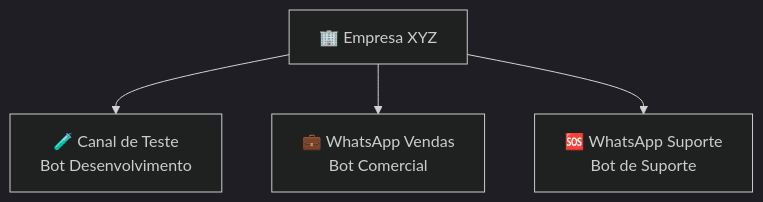
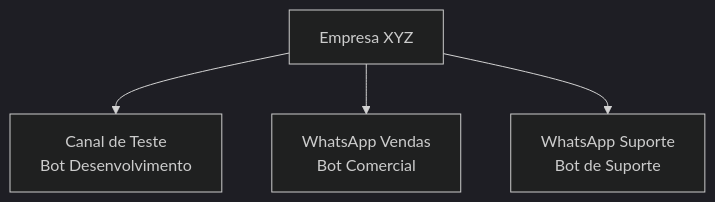
One commit to AgendoCerto/docs changed the fourth of 4 diagrams in contents/guides/canais.md. Above: the diagram before and after it, drawn with Mermaid (dark theme). The commit also changed other lines of this file and 6 other files, not shown here.

````diff
--- a/contents/guides/canais.md
+++ b/contents/guides/canais.md
@@ -185,7 +178,7 @@
 ```mermaid
 graph TD
-    A[🏢 Empresa XYZ]
-    A --> B[🧪 Canal de Teste<br/>Bot Desenvolvimento]
-    A --> C[💼 WhatsApp Vendas<br/>Bot Comercial]
-    A --> D[🆘 WhatsApp Suporte<br/>Bot de Suporte]
+    A[Empresa XYZ]
+    A --> B[Canal de Teste<br/>Bot Desenvolvimento]
+    A --> C[WhatsApp Vendas<br/>Bot Comercial]
+    A --> D[WhatsApp Suporte<br/>Bot de Suporte]
 ```
````
